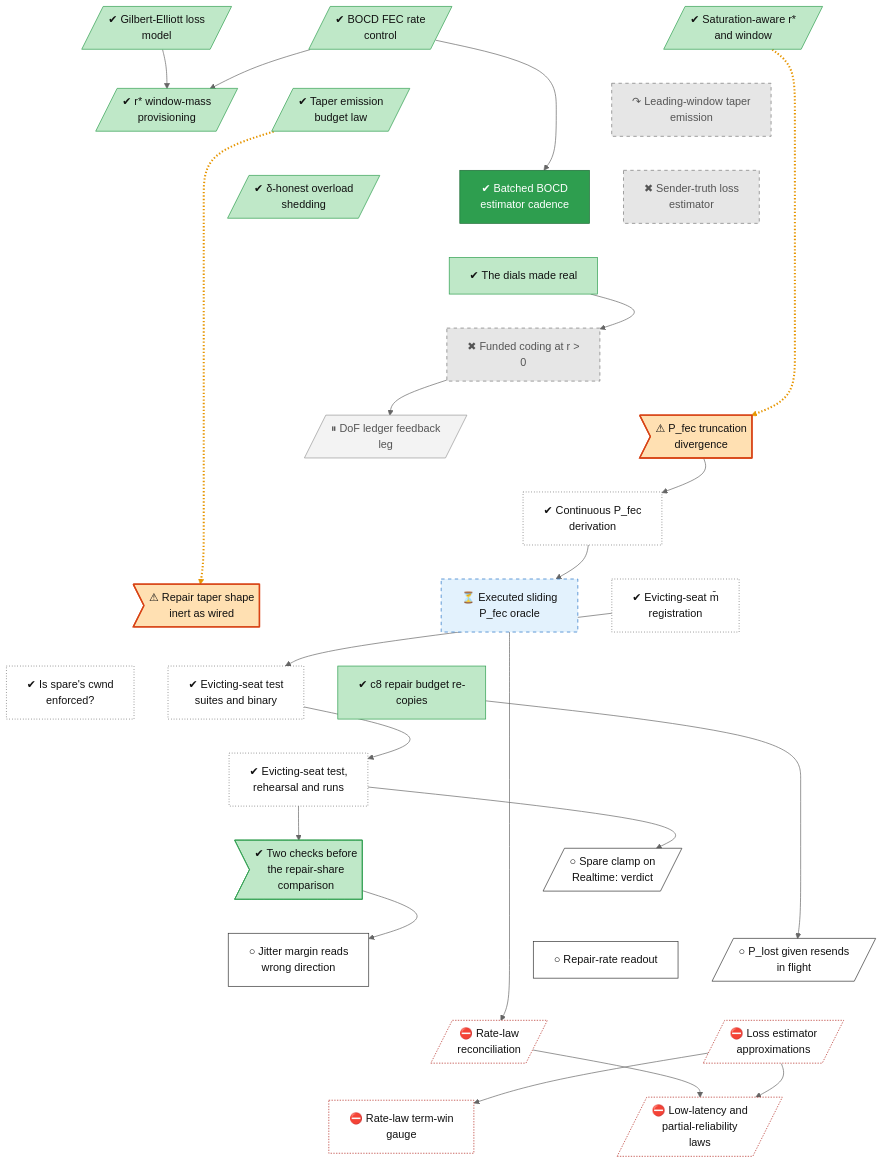
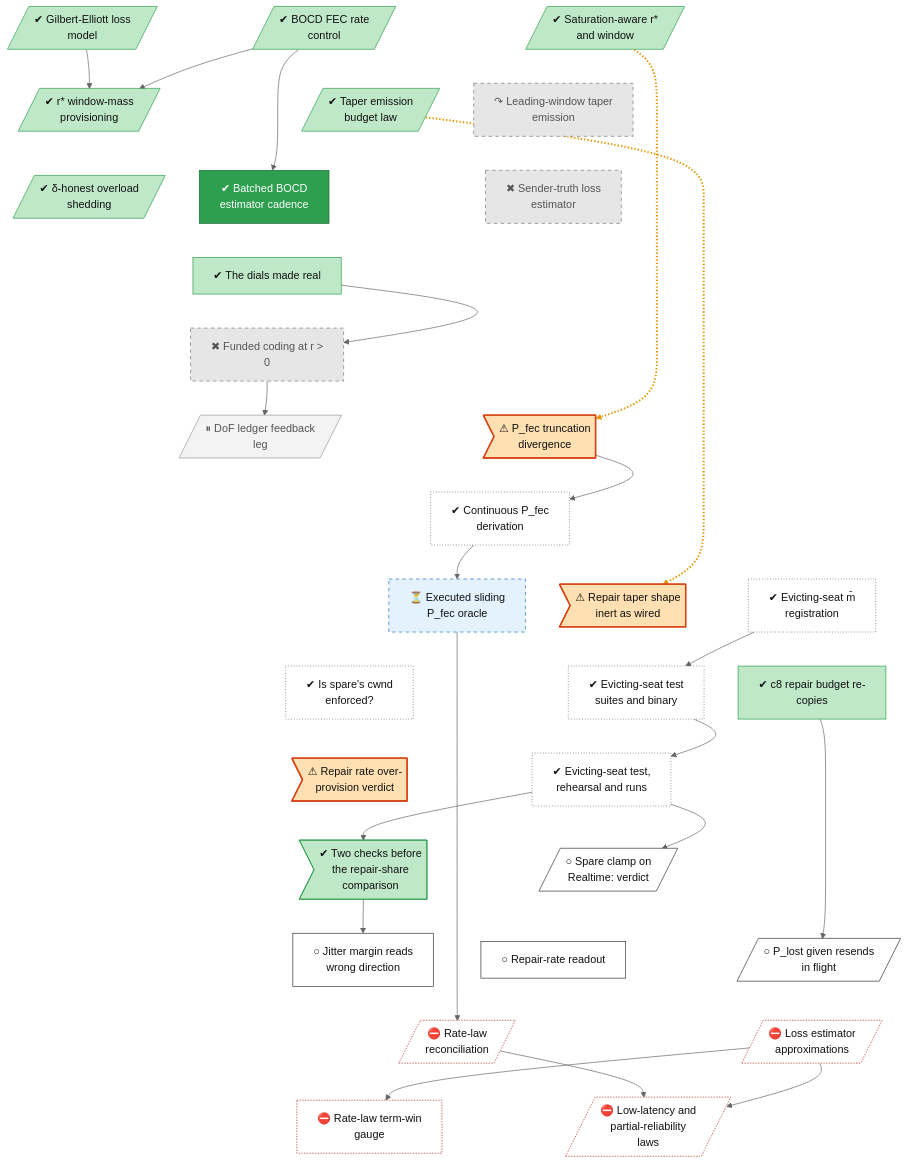
The diagram in docs/roadmap/tracks/rate.md (lhns/raptorpath), drawn with Mermaid (neutral theme) before and after one commit. The commit also changed other lines of this file and 3 other files, not shown here.

Commit message:
roadmap: rate-overprovision-verdict (owner decision 2026-11-19: treat the over-provisioned repair rate as a defect now, in parallel with the S06 fix)

```diff
--- a/docs/roadmap/tracks/rate.md
+++ b/docs/roadmap/tracks/rate.md
@@ -29,6 +29,7 @@
     rate_spare_cwnd["✔ Is spare's cwnd<br/>enforced?"]
     rate_evict_epre["✔ Evicting-seat test<br/>suites and binary"]
     rate_c8_frontier_recopy["✔ c8 repair budget re-<br/>copies"]
+    rate_overprovision_verdict>"⚠ Repair rate over-<br/>provision verdict"]
     rate_evict_session["✔ Evicting-seat test,<br/>rehearsal and runs"]
     rate_k4_input_checks>"✔ Two checks before<br/>the repair-share<br/>comparison"]
     rate_spare_clamp_verdict[/"○ Spare clamp on<br/>Realtime: verdict"/]
@@ -59,10 +60,10 @@
     rate_pfec_oracle ~~~ rate_spare_cwnd
     rate_defect_taper_inert ~~~ rate_evict_epre
     rate_evict_registration ~~~ rate_c8_frontier_recopy
-    rate_spare_cwnd ~~~ rate_evict_session
+    rate_spare_cwnd ~~~ rate_overprovision_verdict
     rate_evict_epre ~~~ rate_evict_session
     rate_c8_frontier_recopy ~~~ rate_evict_session
-    rate_evict_session ~~~ rate_k4_input_checks
+    rate_overprovision_verdict ~~~ rate_k4_input_checks
     rate_evict_session ~~~ rate_spare_clamp_verdict
     rate_k4_input_checks ~~~ rate_delta_jitter_fix
     rate_spare_clamp_verdict ~~~ rate_fix_rate_readout
@@ -109,7 +110,7 @@
     class rate_leading_taper,rate_sender_truth_loss,rate_r_battery dead
     class rate_est_cadence vsucc
     class rate_dof_ledger parked
-    class rate_defect_pfec,rate_defect_taper_inert defect
+    class rate_defect_pfec,rate_defect_taper_inert,rate_overprovision_verdict defect
     class rate_pfec_continuous,rate_evict_registration,rate_spare_cwnd,rate_evict_epre,rate_evict_session unrated
     class rate_pfec_oracle waiting
     class rate_spare_clamp_verdict,rate_delta_jitter_fix,rate_fix_rate_readout,rate_s06_plost_derivation next
```
